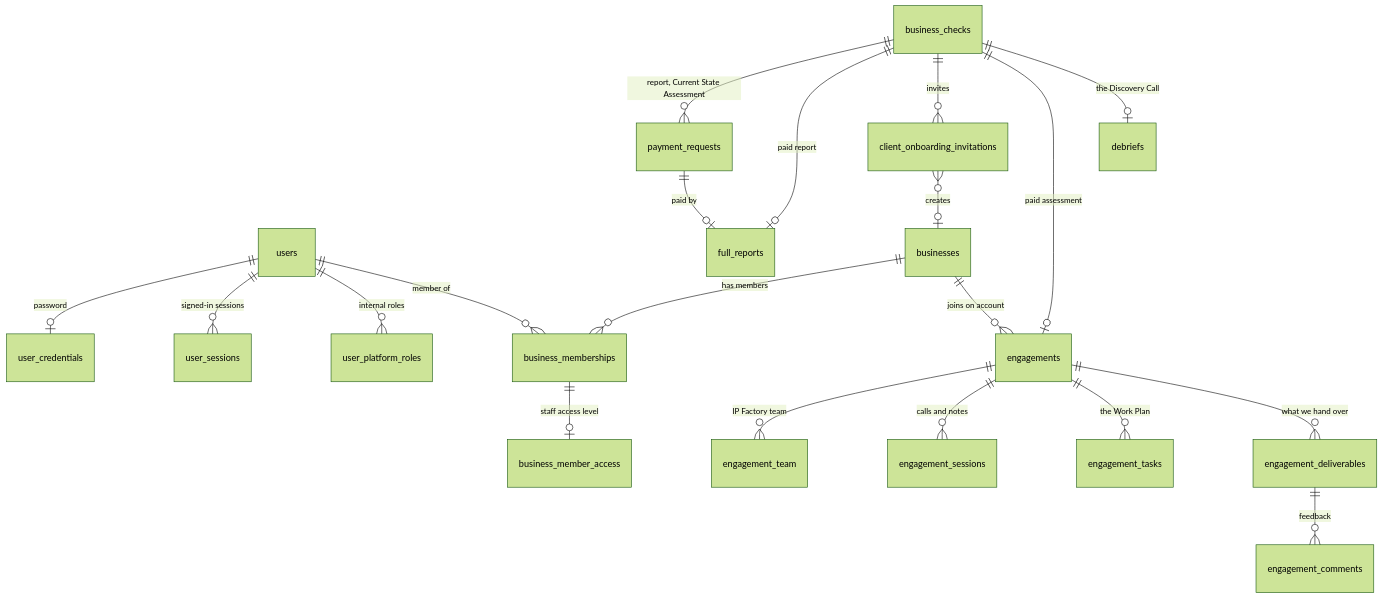
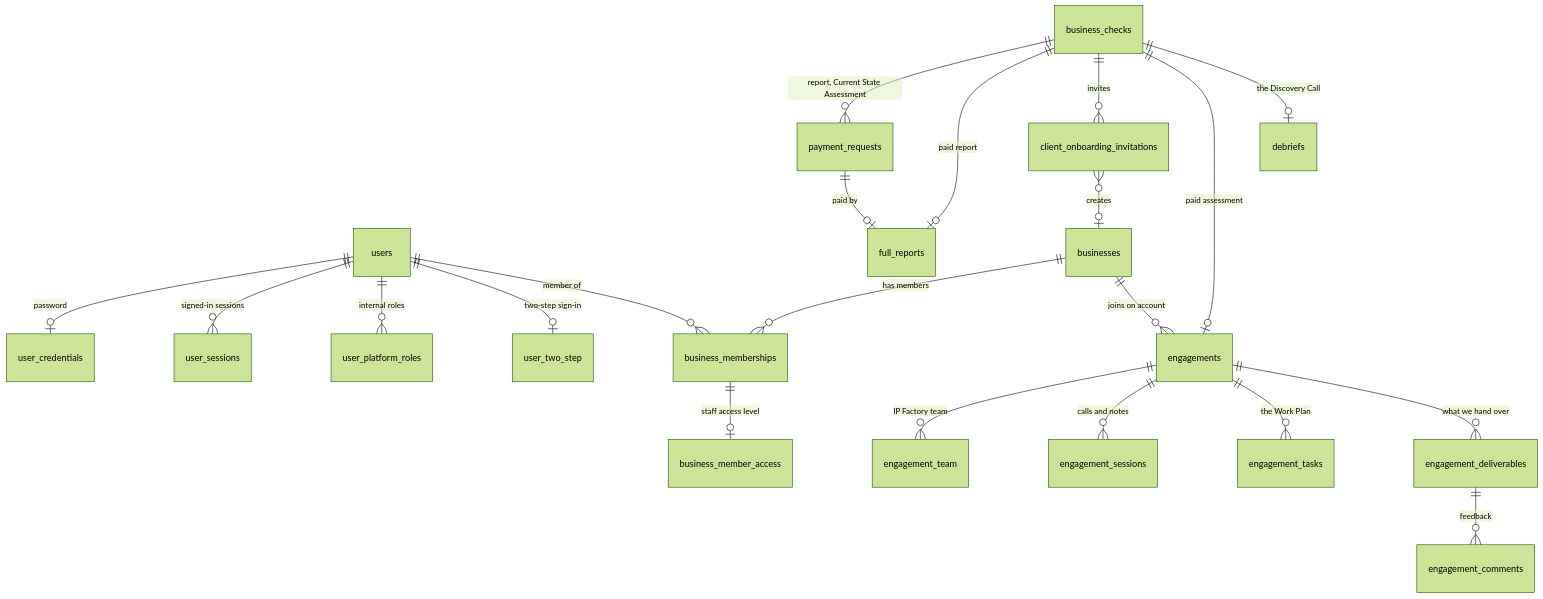
Before and after one commit to IPfactory01/IPF-SME: the diagram in docs/product/05-backend-schema.md, drawn with Mermaid (forest theme). The commit also changed other lines of this file and 46 other files, not shown here.

First line of the commit message:
Privileged access, phase 1: two-step sign-in, roles that end, removal and alerts

````diff
--- a/docs/product/05-backend-schema.md
+++ b/docs/product/05-backend-schema.md
@@ -12,22 +12,23 @@
 ```mermaid
 erDiagram
   users ||--o| user_credentials : "password"
   users ||--o{ user_sessions : "signed-in sessions"
   users ||--o{ user_platform_roles : "internal roles"
+  users ||--o| user_two_step : "two-step sign-in"
   users ||--o{ business_memberships : "member of"
   businesses ||--o{ business_memberships : "has members"
   business_checks ||--o{ payment_requests : "report, Current State Assessment"
   business_checks ||--o| full_reports : "paid report"
   payment_requests ||--o| full_reports : "paid by"
   business_checks ||--o{ client_onboarding_invitations : "invites"
   client_onboarding_invitations }o--o| businesses : "creates"
   business_checks ||--o| engagements : "paid assessment"
   businesses ||--o{ engagements : "joins on account"
   engagements ||--o{ engagement_team : "IP Factory team"
   engagements ||--o{ engagement_sessions : "calls and notes"
   engagements ||--o{ engagement_tasks : "the Work Plan"
   business_checks ||--o| debriefs : "the Discovery Call"
   engagements ||--o{ engagement_deliverables : "what we hand over"
   engagement_deliverables ||--o{ engagement_comments : "feedback"
   business_memberships ||--o| business_member_access : "staff access level"
 ```
````
